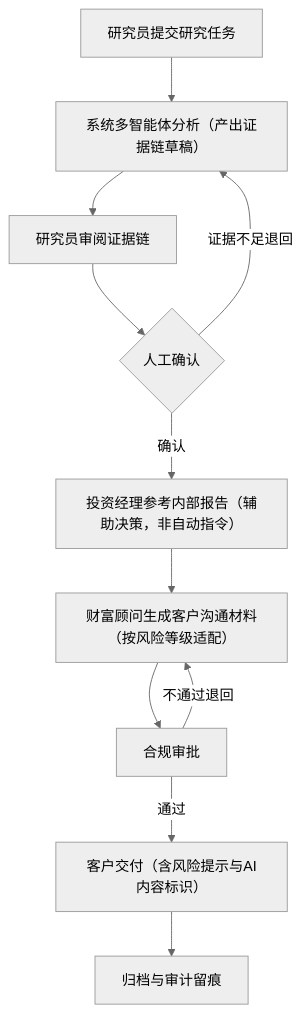
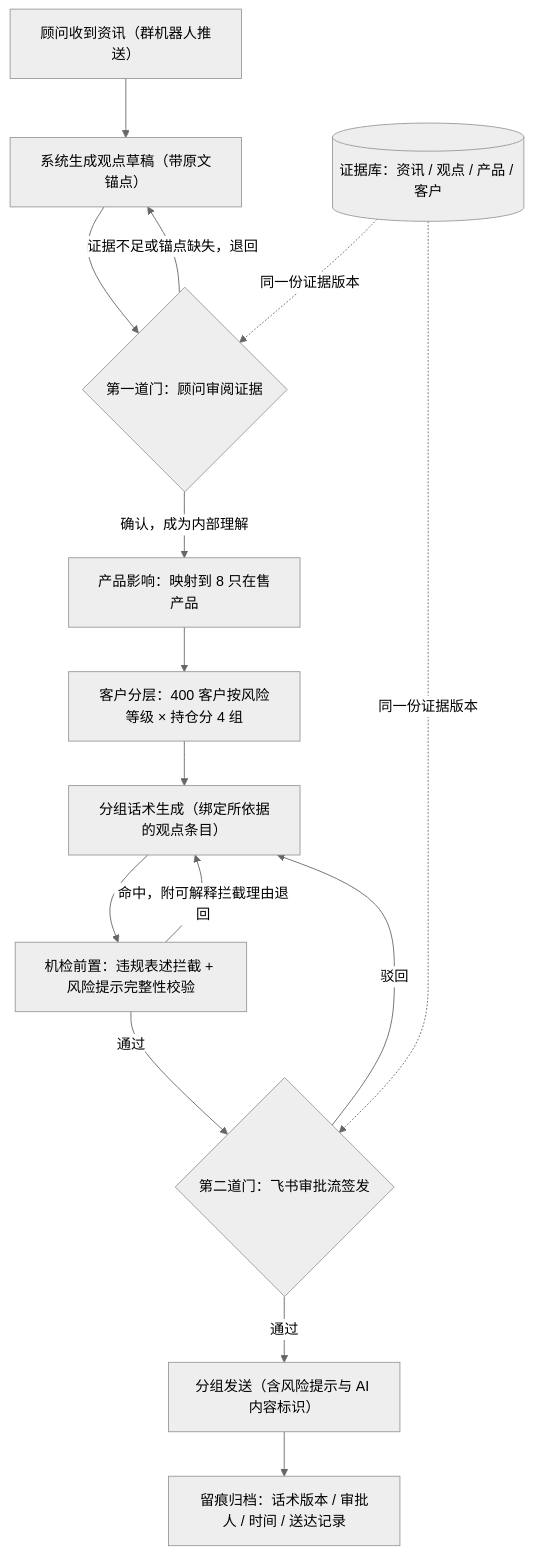
Before and after one commit to Ashi-10101/finsight-ai-finance-portfolio: the sixth of 8 diagrams in docs/05_技术架构与业务流程.md, drawn with Mermaid (neutral theme). The commit also changed other lines of this file and 5 other files, not shown here.

````diff
--- a/docs/05_技术架构与业务流程.md
+++ b/docs/05_技术架构与业务流程.md
@@ -282,13 +296,18 @@
 ```mermaid
 flowchart TB
-    P1["研究员提交研究任务"] --> P2["系统多智能体分析（产出证据链草稿）"]
-    P2 --> P3["研究员审阅证据链"]
-    P3 --> P4{"人工确认"}
-    P4 -->|证据不足退回| P2
-    P4 -->|确认| P5["投资经理参考内部报告（辅助决策，非自动指令）"]
-    P5 --> P6["财富顾问生成客户沟通材料（按风险等级适配）"]
-    P6 --> P7["合规审批"]
-    P7 -->|不通过退回| P6
-    P7 -->|通过| P8["客户交付（含风险提示与AI内容标识）"]
-    P8 --> P9["归档与审计留痕"]
+    P1["顾问收到资讯（群机器人推送）"] --> P2["系统生成观点草稿（带原文锚点）"]
+    P2 --> P3{"第一道门：顾问审阅证据"}
+    P3 -->|证据不足或锚点缺失，退回| P2
+    P3 -->|确认，成为内部理解| P4["产品影响：映射到 8 只在售产品"]
+    P4 --> P5["客户分层：400 客户按风险等级 × 持仓分 4 组"]
+    P5 --> P6["分组话术生成（绑定所依据的观点条目）"]
+    P6 --> P7["机检前置：违规表述拦截 + 风险提示完整性校验"]
+    P7 -->|命中，附可解释拦截理由退回| P6
+    P7 -->|通过| P8{"第二道门：飞书审批流签发"}
+    P8 -->|驳回| P6
+    P8 -->|通过| P9["分组发送（含风险提示与 AI 内容标识）"]
+    P9 --> P10["留痕归档：话术版本 / 审批人 / 时间 / 送达记录"]
+
+    EV[("证据库：资讯 / 观点 / 产品 / 客户")] -.同一份证据版本.-> P3
+    EV -.同一份证据版本.-> P8
 ```
````
